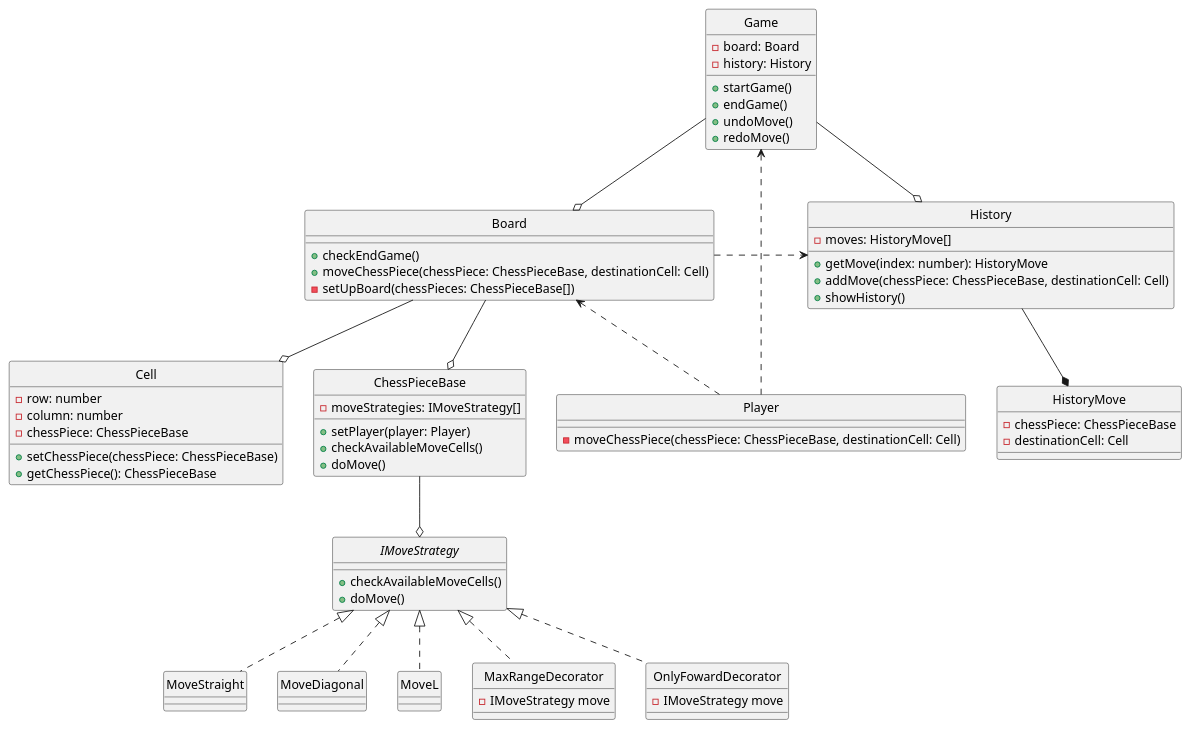
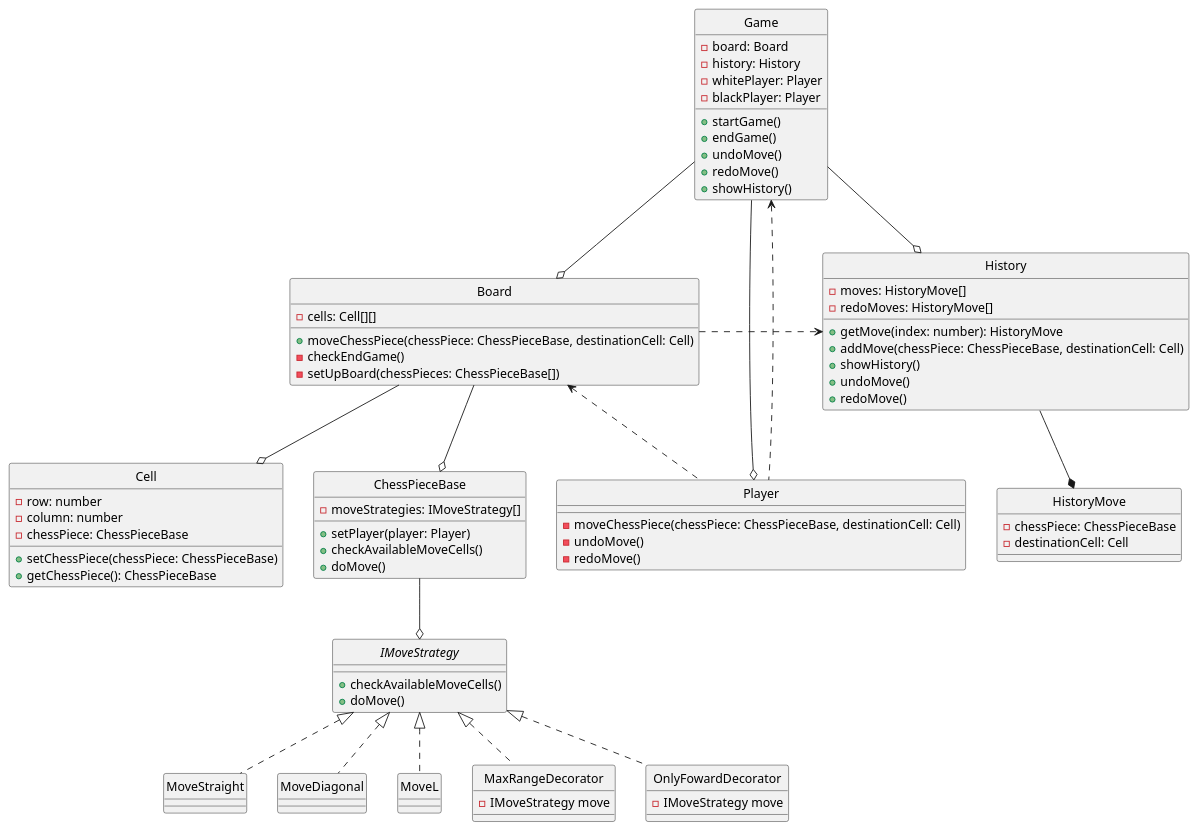
The diagram in class-diagram.puml (duyhq-zee1/chess-game), drawn with PlantUML before and after one commit. The commit also changed 2 other files, not shown here.

Commit message:
Fix diagrams

```diff
--- a/class-diagram.puml
+++ b/class-diagram.puml
@@ -1,84 +1,93 @@
 @startuml "Chess game"
 hide circle
 
 class Board {
-  + checkEndGame()
+  - cells: Cell[][]
   + moveChessPiece(chessPiece: ChessPieceBase, destinationCell: Cell)
+  - checkEndGame()
   - setUpBoard(chessPieces: ChessPieceBase[])
 }
 
 class Cell {
   - row: number
   - column: number
   - chessPiece: ChessPieceBase
   + setChessPiece(chessPiece: ChessPieceBase)
   + getChessPiece(): ChessPieceBase
 }
 
 class Player {
   - moveChessPiece(chessPiece: ChessPieceBase, destinationCell: Cell)
+  - undoMove()
+  - redoMove()
 }
 
 class ChessPieceBase {
   - moveStrategies: IMoveStrategy[]
   + setPlayer(player: Player)
   + checkAvailableMoveCells()
   + doMove()
 }
 
 interface IMoveStrategy { 
   + checkAvailableMoveCells()
   + doMove()
 }
 
 class MoveStraight implements IMoveStrategy { }
 
 class MoveDiagonal implements IMoveStrategy { }
 
 class MoveL implements IMoveStrategy { }
 
 class MaxRangeDecorator implements IMoveStrategy {
   - IMoveStrategy move
 }
 
 class OnlyFowardDecorator implements IMoveStrategy {
   - IMoveStrategy move
 }
 
 class Game {
   - board: Board
   - history: History
+  - whitePlayer: Player
+  - blackPlayer: Player
   + startGame()
   + endGame()
   + undoMove()
   + redoMove()
+  + showHistory()
 }
 
 class History { 
   - moves: HistoryMove[]
+  - redoMoves: HistoryMove[]
   + getMove(index: number): HistoryMove
   + addMove(chessPiece: ChessPieceBase, destinationCell: Cell)
   + showHistory()
+  + undoMove()
+  + redoMove()
 }
 
 class HistoryMove {
   - chessPiece: ChessPieceBase
   - destinationCell: Cell
 }
-
 
 ChessPieceBase -down-o IMoveStrategy
 
 Board -down-o Cell
 Board -down-o ChessPieceBase
 Board .right.> History
 
 History -down-* HistoryMove
 
 Game -down-o Board
 Game -down-o History
+Game -down-o Player
 
 Player .up.> Board
 Player .up.> Game
 
 @enduml
```
